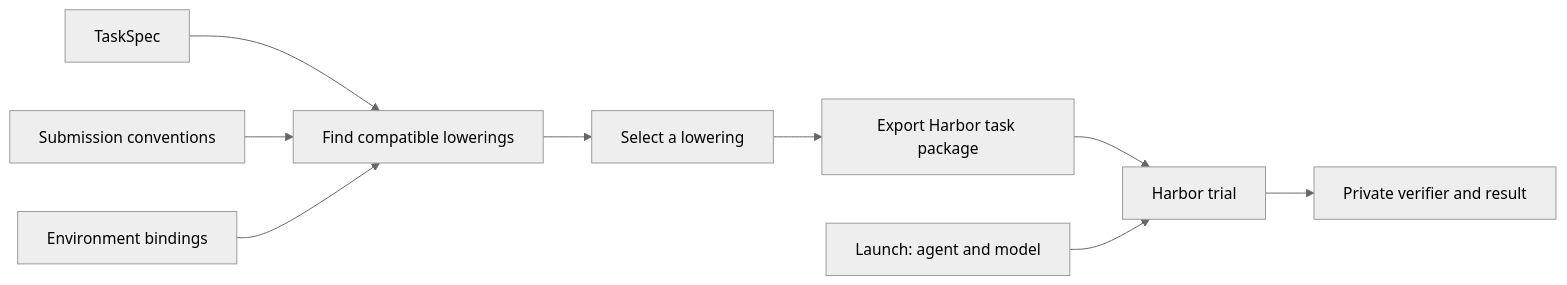
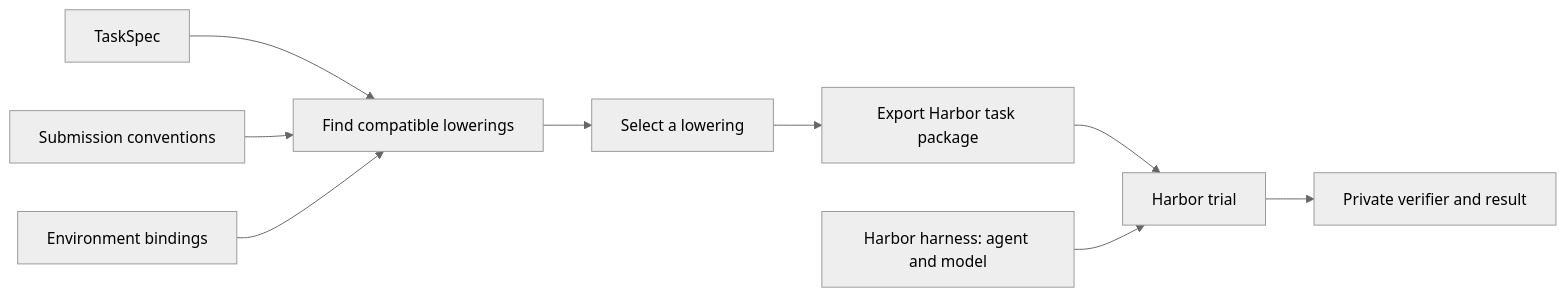
One commit to marin-community/marin changed the diagram in lib/taskcompendium/README.md. Above: the diagram before and after it, drawn with Mermaid (neutral theme). The commit also changed other lines of this file and 4 other files, not shown here.

````diff
--- a/lib/taskcompendium/README.md
+++ b/lib/taskcompendium/README.md
@@ -17,11 +17,11 @@
 ```mermaid
 flowchart LR
     S[TaskSpec] --> C[Find compatible lowerings]
     V[Submission conventions] --> C
     E[Environment bindings] --> C
     C --> P[Select a lowering]
     P --> H[Export Harbor task package]
     H --> T[Harbor trial]
-    L[Launch: agent and model] --> T
+    L[Harbor harness: agent and model] --> T
     T --> G[Private verifier and result]
 ```
````
